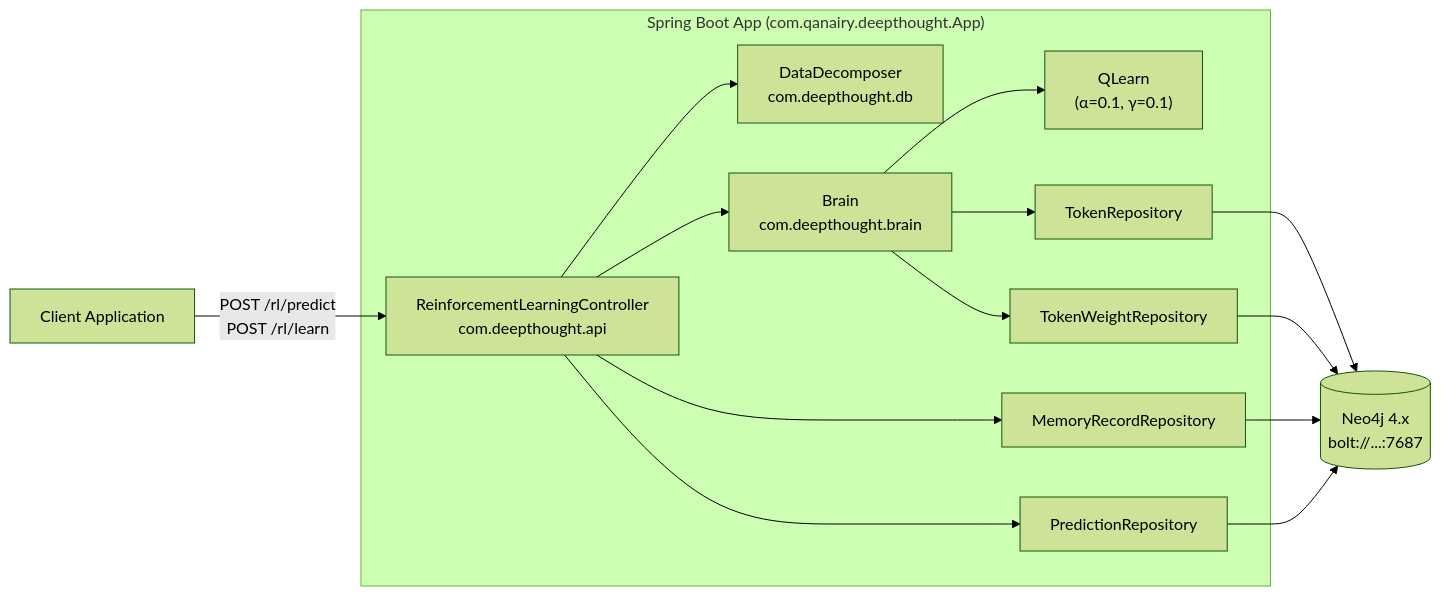
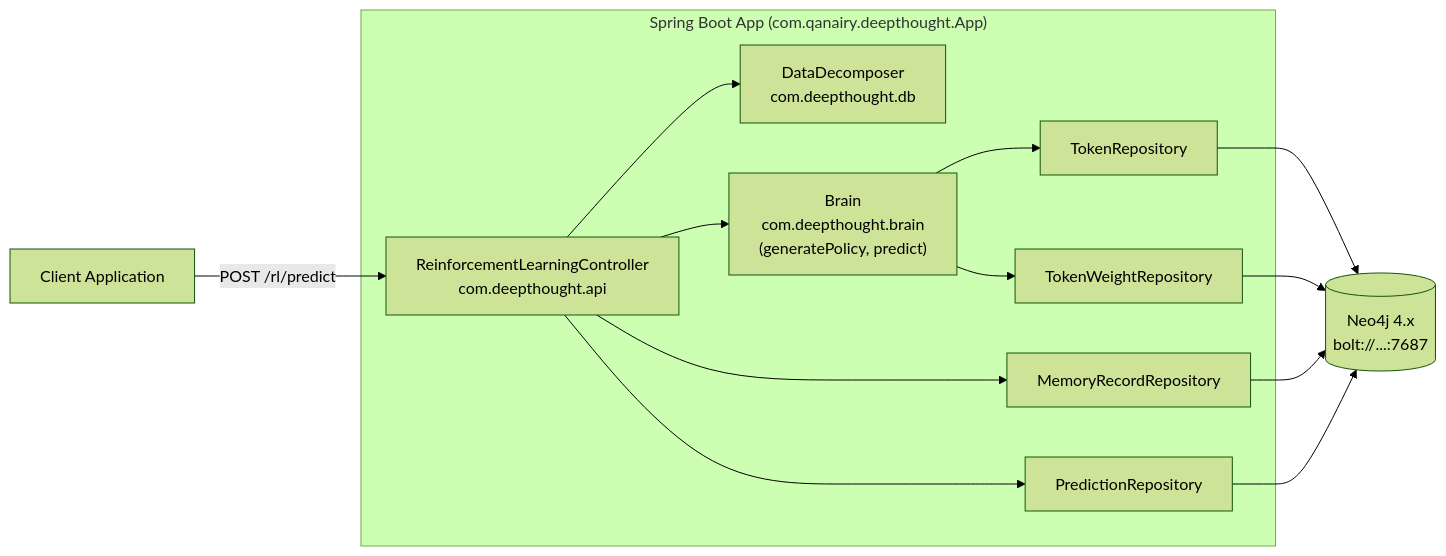
One commit to brandonkindred/Deepthought changed the first of 4 diagrams in docs/reinforcement-learning-endpoints.md. Above: the diagram before and after it, drawn with Mermaid (forest theme). The commit also changed other lines of this file, not shown here.

First line of the commit message:
docs: narrow scope to /rl/predict only

````diff
--- a/docs/reinforcement-learning-endpoints.md
+++ b/docs/reinforcement-learning-endpoints.md
@@ -41,28 +42,26 @@
 ```mermaid
 flowchart LR
     Client["Client Application"]
     subgraph Spring["Spring Boot App (com.qanairy.deepthought.App)"]
         Controller["ReinforcementLearningController<br/>com.deepthought.api"]
         Decomposer["DataDecomposer<br/>com.deepthought.db"]
-        Brain["Brain<br/>com.deepthought.brain"]
-        QLearn["QLearn<br/>(α=0.1, γ=0.1)"]
+        Brain["Brain<br/>com.deepthought.brain<br/>(generatePolicy, predict)"]
         TokenRepo["TokenRepository"]
         WeightRepo["TokenWeightRepository"]
         MemRepo["MemoryRecordRepository"]
         PredRepo["PredictionRepository"]
     end
     Neo4j[("Neo4j 4.x<br/>bolt://...:7687")]
 
-    Client -- "POST /rl/predict<br/>POST /rl/learn" --> Controller
+    Client -- "POST /rl/predict" --> Controller
     Controller --> Decomposer
     Controller --> Brain
-    Brain --> QLearn
     Brain --> TokenRepo
     Brain --> WeightRepo
     Controller --> MemRepo
     Controller --> PredRepo
     TokenRepo --> Neo4j
     WeightRepo --> Neo4j
     MemRepo --> Neo4j
     PredRepo --> Neo4j
 ```
````
